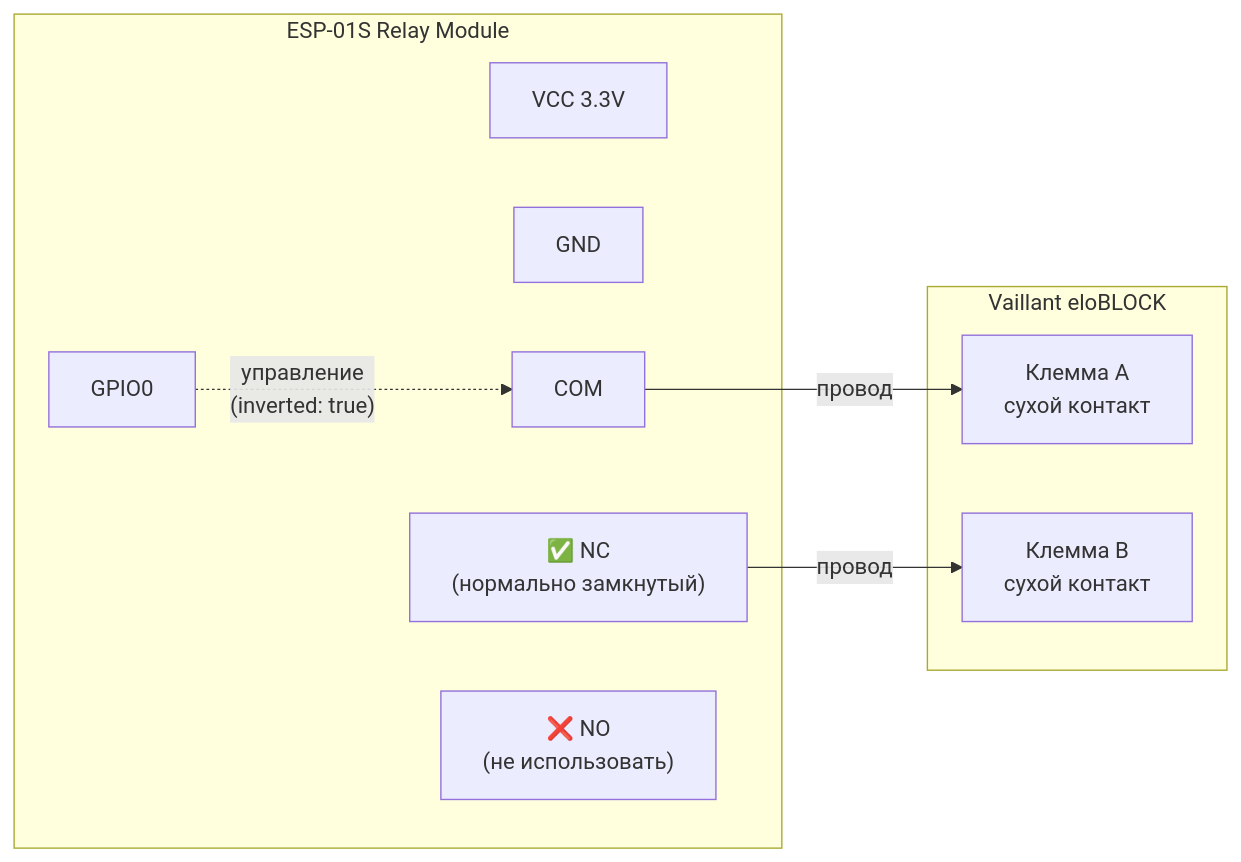
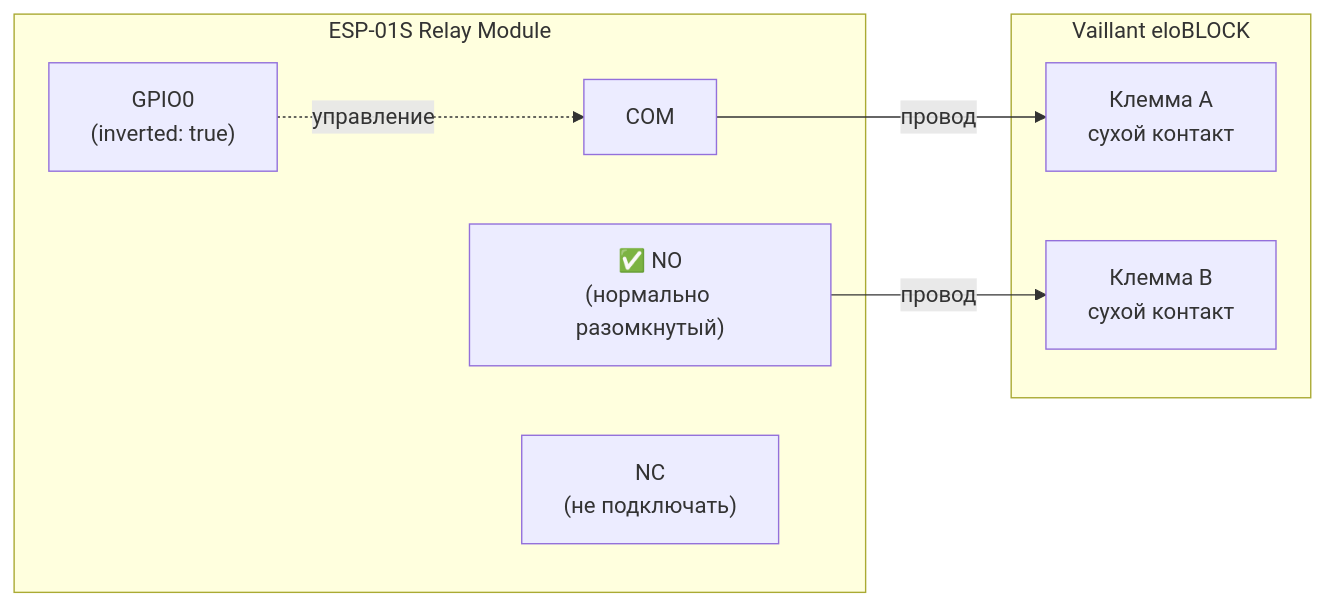
One commit to Gfermoto/Vaillant changed the fifth of 7 diagrams in HABR_ARTICLE.md. Above: the diagram before and after it, drawn with Mermaid. The commit also changed other lines of this file and 5 other files, not shown here.

````diff
--- a/HABR_ARTICLE.md
+++ b/HABR_ARTICLE.md
@@ -428,18 +428,16 @@
 ```mermaid
 graph LR
     subgraph ESP01S["ESP-01S Relay Module"]
-        GPIO0[GPIO0]
-        VCC[VCC 3.3V]
-        GND[GND]
+        GPIO0["GPIO0\n(inverted: true)"]
         COM[COM]
-        NC["✅ NC\n(нормально замкнутый)"]
-        NO["❌ NO\n(не использовать)"]
+        NO["✅ NO\n(нормально разомкнутый)"]
+        NC["NC\n(не подключать)"]
     end
     subgraph Boiler["Vaillant eloBLOCK"]
-        A[Клемма A\nсухой контакт]
-        B[Клемма B\nсухой контакт]
+        A["Клемма A\nсухой контакт"]
+        B["Клемма B\nсухой контакт"]
     end
     COM -- "провод" --> A
-    NC -- "провод" --> B
-    GPIO0 -. "управление\n(inverted: true)" .-> COM
+    NO -- "провод" --> B
+    GPIO0 -. "управление" .-> COM
 ```
````
